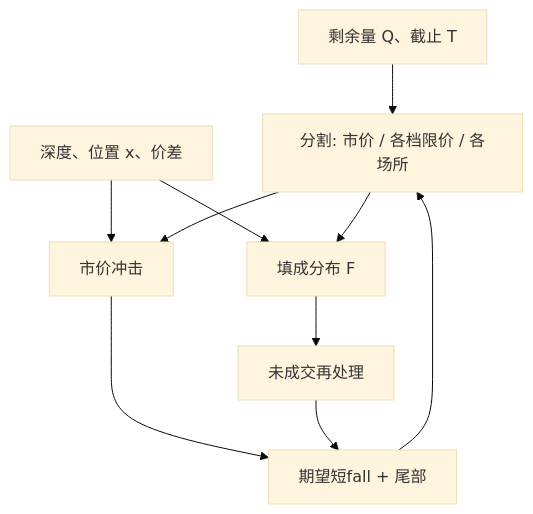
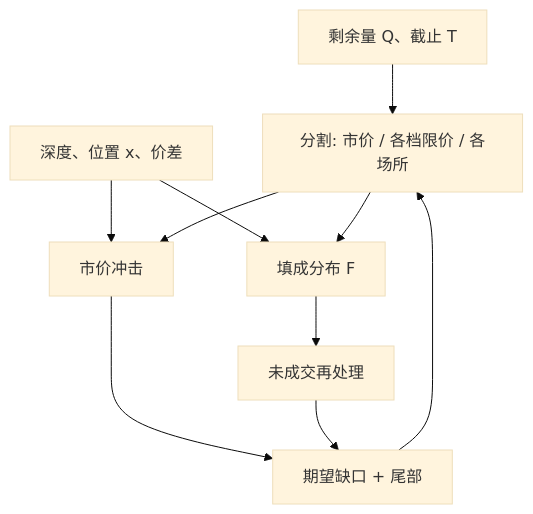
The diagram in docs/quant/cks-optimal-placement.md (xhongduo-tech/xhongduo-tech.github.io), drawn with Mermaid (base theme) before and after one commit. The commit also changed other lines of this file and 2401 other files, not shown here.

````diff
--- a/docs/quant/cks-optimal-placement.md
+++ b/docs/quant/cks-optimal-placement.md
@@ -69,12 +69,12 @@
 ```mermaid
 flowchart TD
   Q["剩余量 Q、截止 T"] --> Split["分割: 市价 / 各档限价 / 各场所"]
   Book["深度、位置 x、价差"] --> Fill["填成分布 F"]
   Book --> Imp["市价冲击"]
   Split --> Fill
   Split --> Imp
   Fill --> Unf["未成交再处理"]
-  Imp --> Cost["期望短fall + 尾部"]
+  Imp --> Cost["期望缺口 + 尾部"]
   Unf --> Cost
   Cost --> Split
 ```
````
